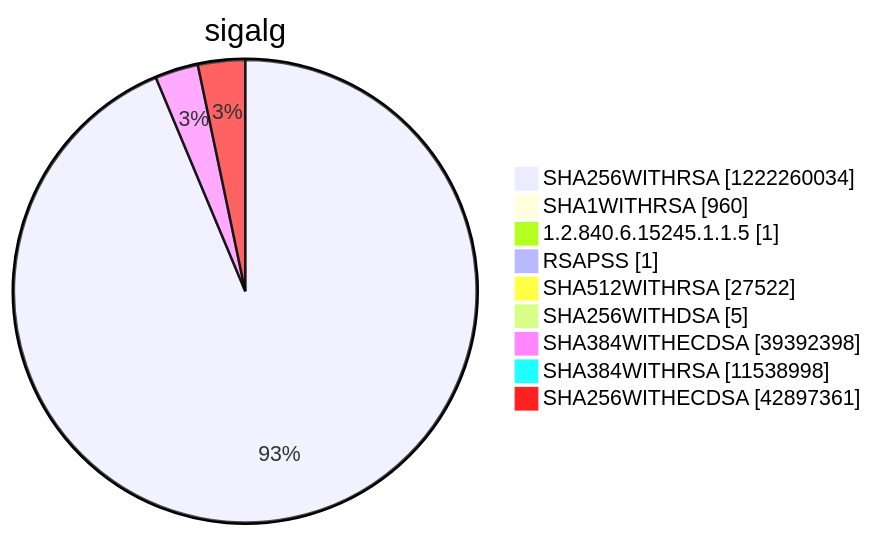
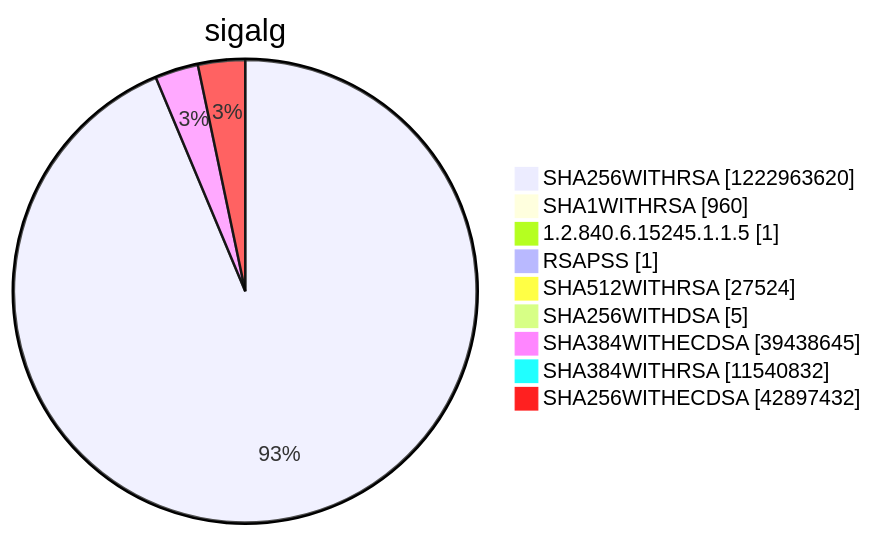
Diagram 15 of 15 in argon2022/README.md (christiankrug/ctmonitor_visualization), drawn with Mermaid before and after one commit. The commit also changed other lines of this file, not shown here.

````diff
--- a/argon2022/README.md
+++ b/argon2022/README.md
@@ -5521,13 +5521,13 @@
 ```mermaid
 pie showData
 title sigalg
-"SHA256WITHRSA" :1222260034
+"SHA256WITHRSA" :1222963620
 "SHA1WITHRSA" :960
 "1.2.840.6.15245.1.1.5" :1
 "RSAPSS" :1
-"SHA512WITHRSA" :27522
+"SHA512WITHRSA" :27524
 "SHA256WITHDSA" :5
-"SHA384WITHECDSA" :39392398
-"SHA384WITHRSA" :11538998
-"SHA256WITHECDSA" :42897361
+"SHA384WITHECDSA" :39438645
+"SHA384WITHRSA" :11540832
+"SHA256WITHECDSA" :42897432
 ```
````
